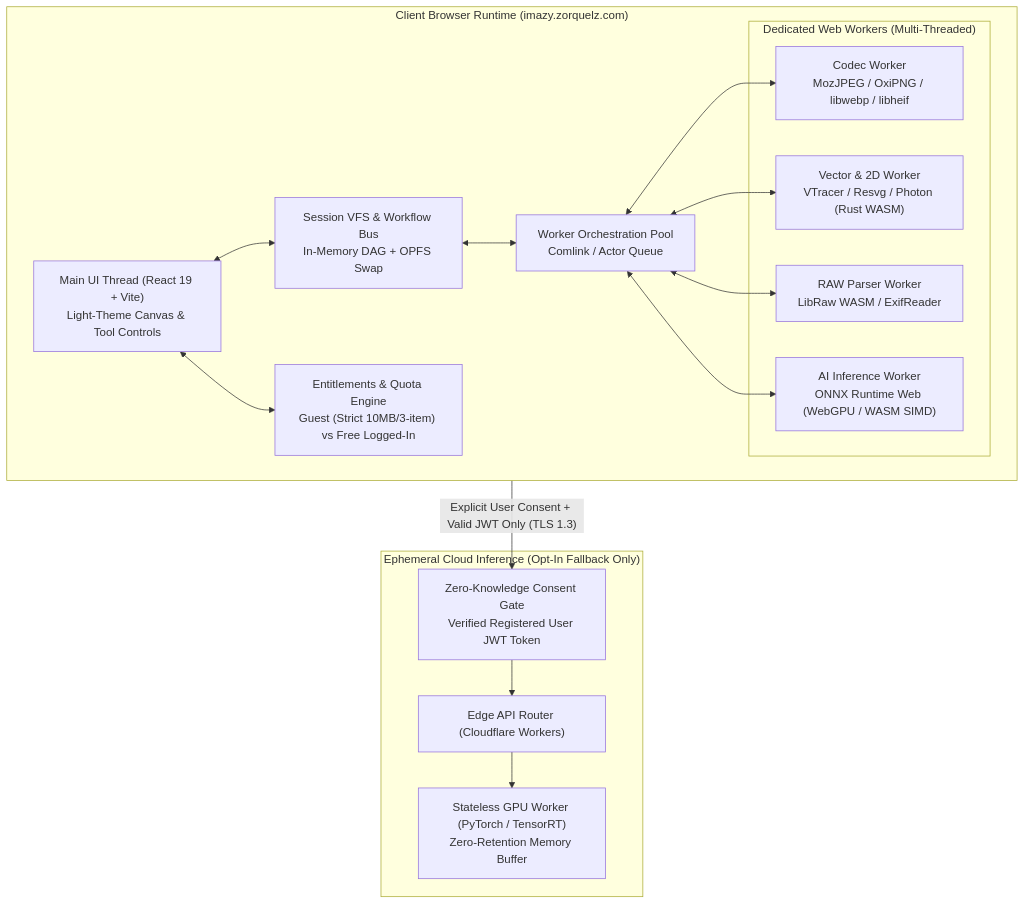
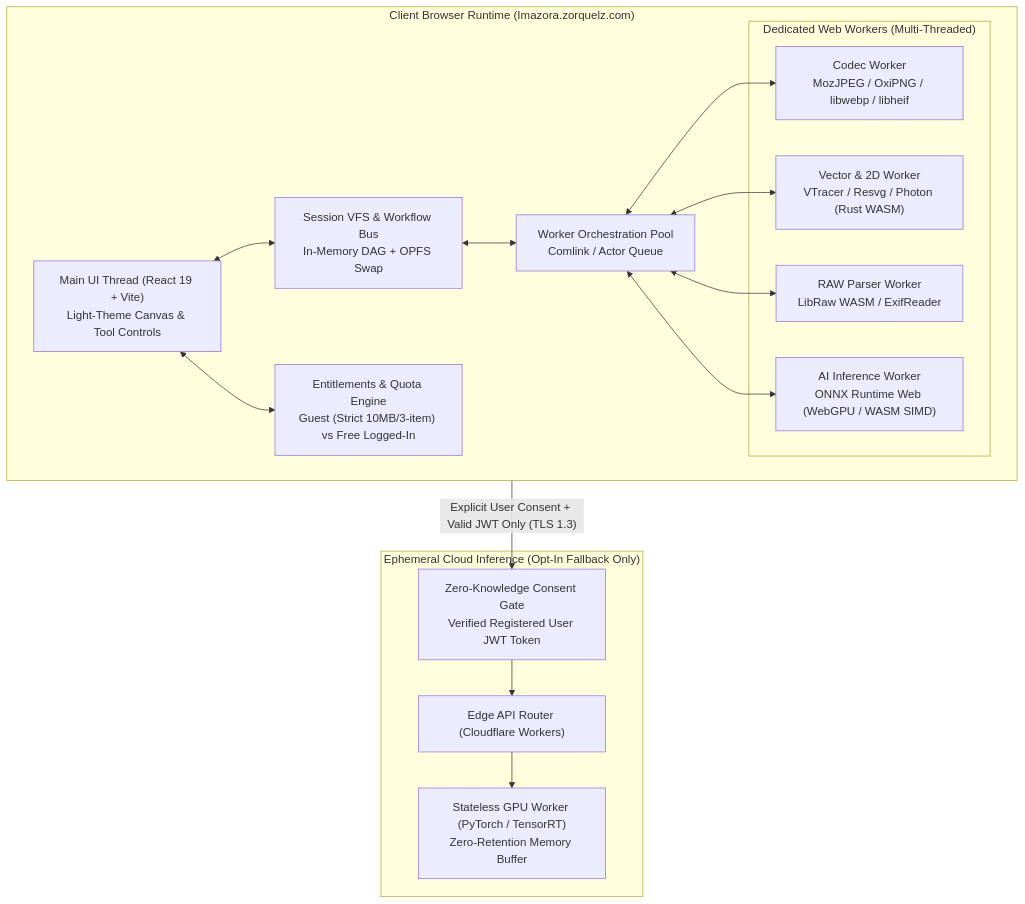
One commit to Karthick-Krishna/Zailo-Graph changed the first of 6 diagrams in docs/TECHNICAL_ARCHITECTURE.md. Above: the diagram before and after it, drawn with Mermaid. The commit also changed other lines of this file and 6 other files, not shown here.

````diff
--- a/docs/TECHNICAL_ARCHITECTURE.md
+++ b/docs/TECHNICAL_ARCHITECTURE.md
@@ -14,36 +14,36 @@
 ```mermaid
 flowchart TB
-    subgraph Client["Client Browser Runtime (imazy.zorquelz.com)"]
+    subgraph Client["Client Browser Runtime (Imazora.zorquelz.com)"]
         UI["Main UI Thread (React 19 + Vite)<br/>Light-Theme Canvas & Tool Controls"]
         Bus["Session VFS & Workflow Bus<br/>In-Memory DAG + OPFS Swap"]
         WorkerPool["Worker Orchestration Pool<br/>Comlink / Actor Queue"]
         
         subgraph Workers["Dedicated Web Workers (Multi-Threaded)"]
             W_Codec["Codec Worker<br/>MozJPEG / OxiPNG / libwebp / libheif"]
             W_Vector["Vector & 2D Worker<br/>VTracer / Resvg / Photon (Rust WASM)"]
             W_RAW["RAW Parser Worker<br/>LibRaw WASM / ExifReader"]
             W_AI["AI Inference Worker<br/>ONNX Runtime Web (WebGPU / WASM SIMD)"]
         end
 
         UI <--> Bus
         Bus <--> WorkerPool
         WorkerPool <--> W_Codec
         WorkerPool <--> W_Vector
         WorkerPool <--> W_RAW
         WorkerPool <--> W_AI
         
         AuthEngine["Entitlements & Quota Engine<br/>Guest (Strict 10MB/3-item) vs Free Logged-In"]
         UI <--> AuthEngine
     end
 
     subgraph Cloud["Ephemeral Cloud Inference (Opt-In Fallback Only)"]
         AuthGate["Zero-Knowledge Consent Gate<br/>Verified Registered User JWT Token"]
         Edge["Edge API Router (Cloudflare Workers)"]
         GPUWorker["Stateless GPU Worker (PyTorch / TensorRT)<br/>Zero-Retention Memory Buffer"]
         
         Edge --> GPUWorker
     end
 
     Client -- "Explicit User Consent + Valid JWT Only (TLS 1.3)" --> AuthGate
     AuthGate --> Edge
 ```
````
